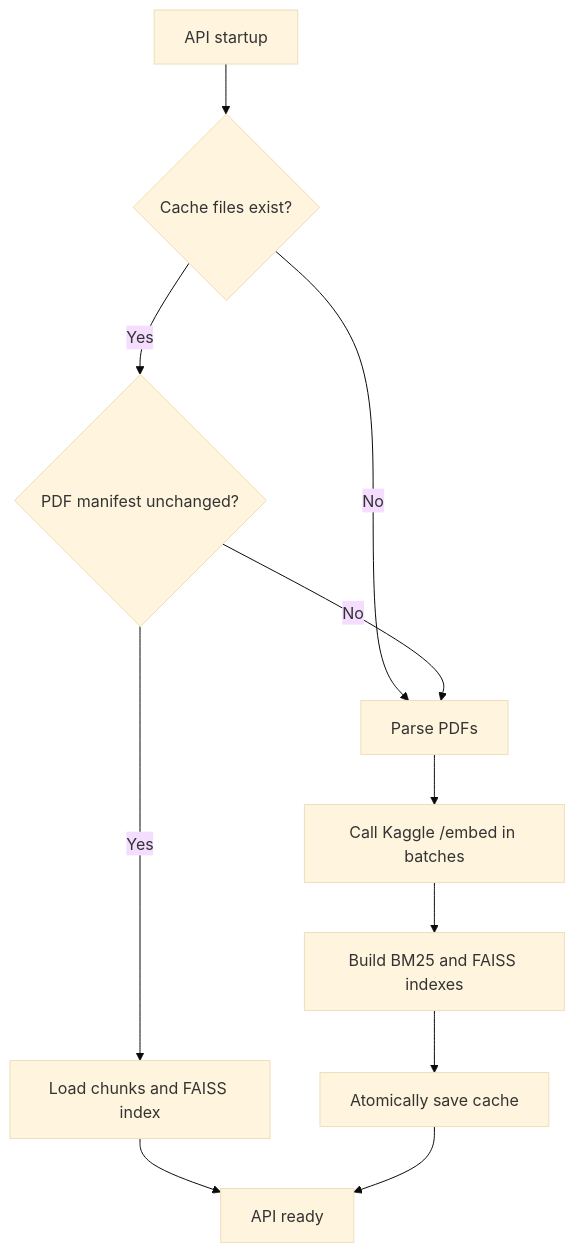
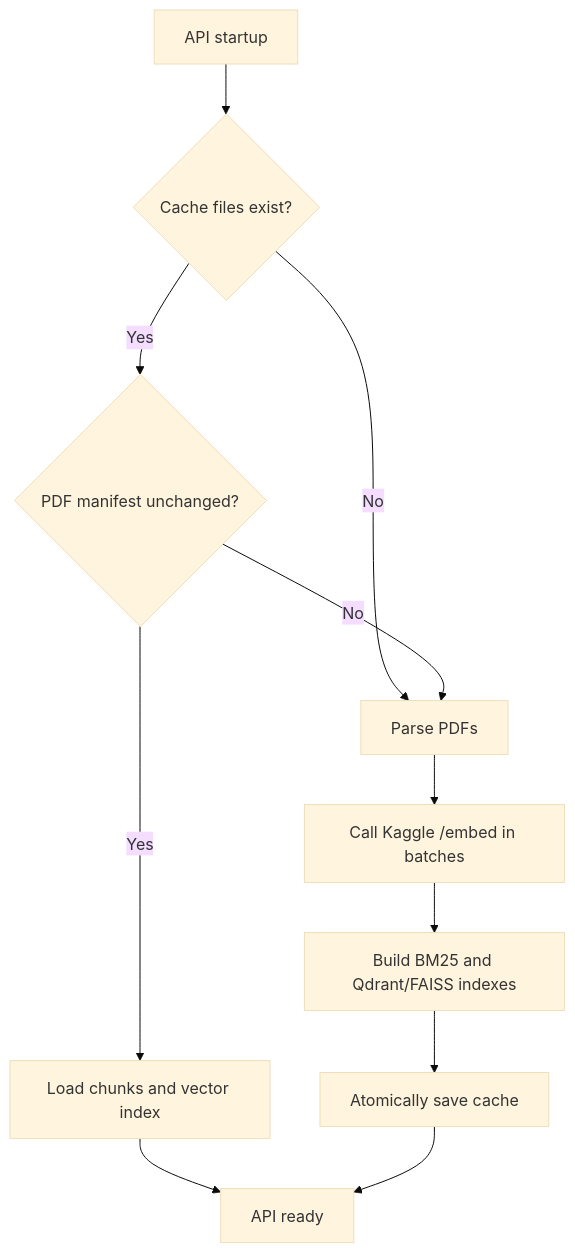
Before and after one commit to Pradyun-D/SE-Project: the second of 3 diagrams in PROJECT_DOCUMENTATION.md, drawn with Mermaid (base theme). The commit also changed other lines of this file and 15 other files, not shown here.

````diff
--- a/PROJECT_DOCUMENTATION.md
+++ b/PROJECT_DOCUMENTATION.md
@@ -160,13 +162,13 @@
 ```mermaid
 flowchart TD
     Start[API startup] --> Check{Cache files exist?}
     Check -->|No| Parse[Parse PDFs]
     Check -->|Yes| Signature{PDF manifest unchanged?}
-    Signature -->|Yes| Load[Load chunks and FAISS index]
+   Signature -->|Yes| Load[Load chunks and vector index]
     Signature -->|No| Parse
     Parse --> Embed[Call Kaggle /embed in batches]
-    Embed --> Build[Build BM25 and FAISS indexes]
+   Embed --> Build[Build BM25 and Qdrant/FAISS indexes]
     Build --> Save[Atomically save cache]
     Load --> Ready[API ready]
     Save --> Ready
 ```
````
